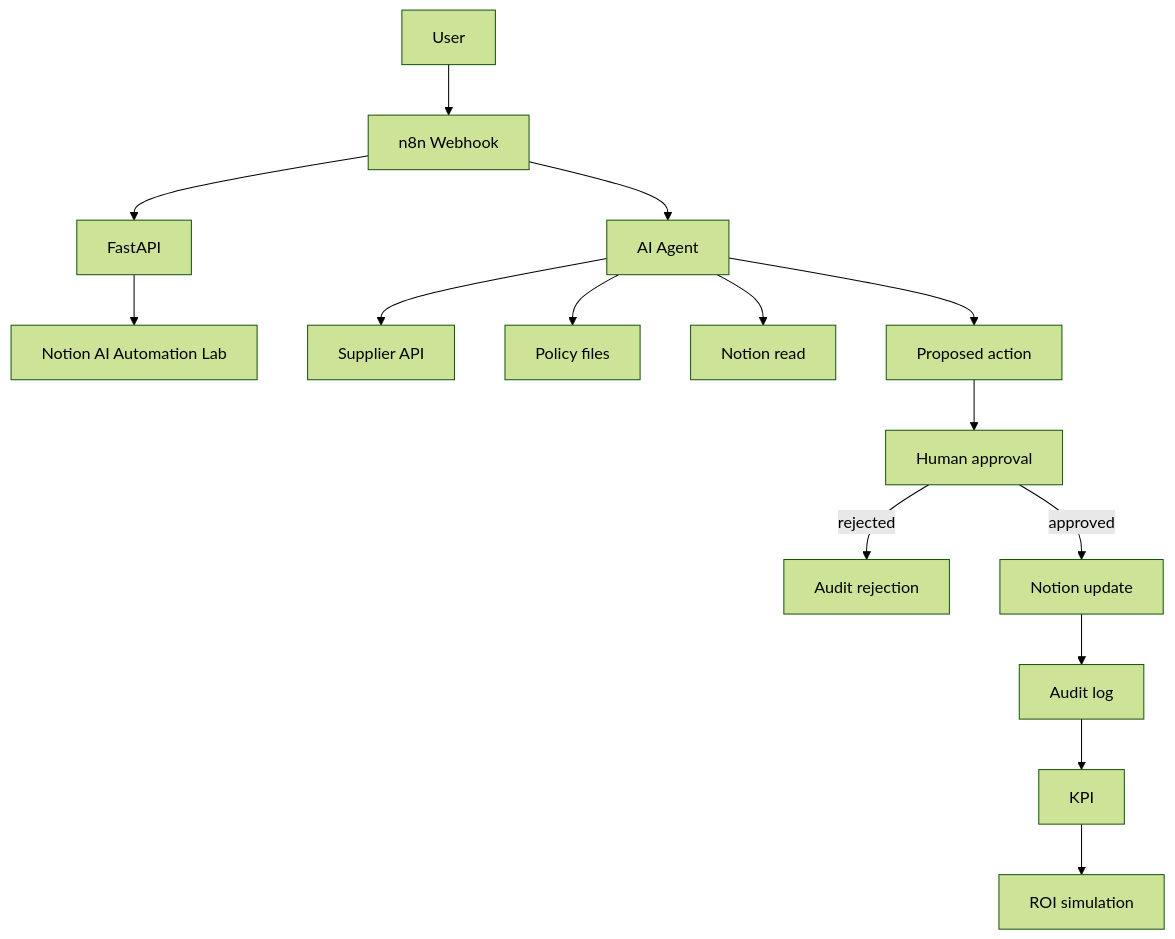
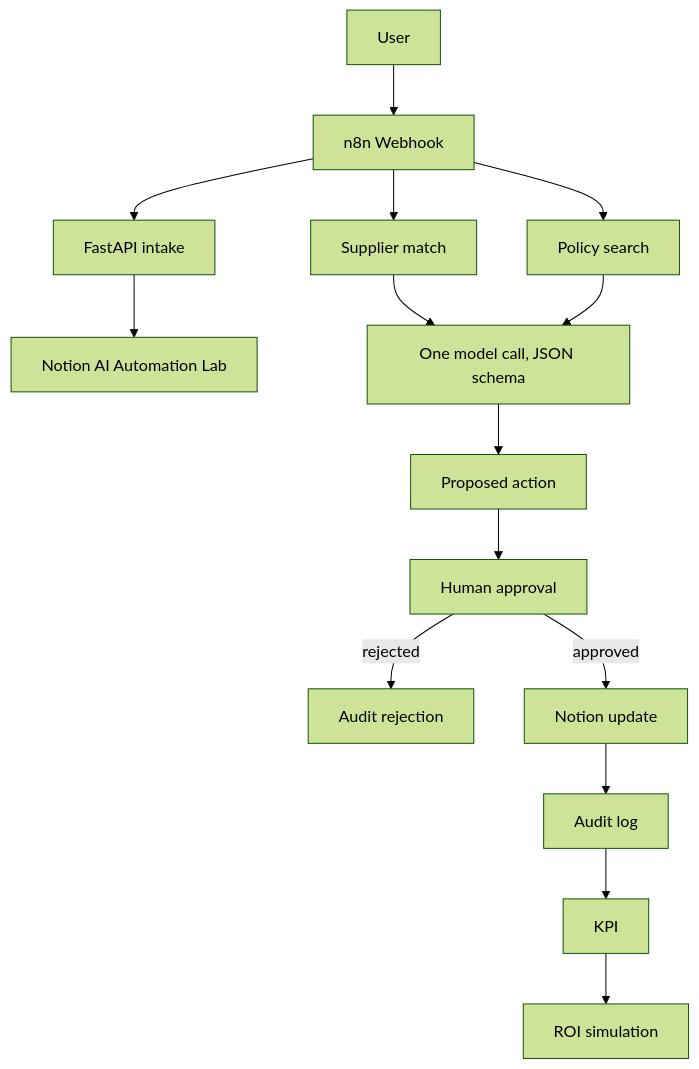
Before and after one commit to Airohh/opspilot-ai-automation: the diagram in README.md, drawn with Mermaid (forest theme). The commit also changed other lines of this file and 9 other files, not shown here.

First line of the commit message:
Replace the tool-less agent with one schema-bound model call.

````diff
--- a/README.md
+++ b/README.md
@@ -30,17 +30,17 @@
 ```mermaid
 flowchart TD
   user[User] --> webhook[n8n Webhook]
-  webhook --> api[FastAPI]
+  webhook --> api[FastAPI intake]
   api --> notion[Notion AI Automation Lab]
-  webhook --> agent[AI Agent]
-  agent --> supplier[Supplier API]
-  agent --> policy[Policy files]
-  agent --> notionRead[Notion read]
-  agent --> proposal[Proposed action]
+  webhook --> supplier[Supplier match]
+  webhook --> policy[Policy search]
+  supplier --> model[One model call, JSON schema]
+  policy --> model
+  model --> proposal[Proposed action]
   proposal --> human[Human approval]
   human -->|rejected| auditReject[Audit rejection]
   human -->|approved| notionWrite[Notion update]
   notionWrite --> audit[Audit log]
   audit --> kpi[KPI]
   kpi --> roi[ROI simulation]
 ```
````
